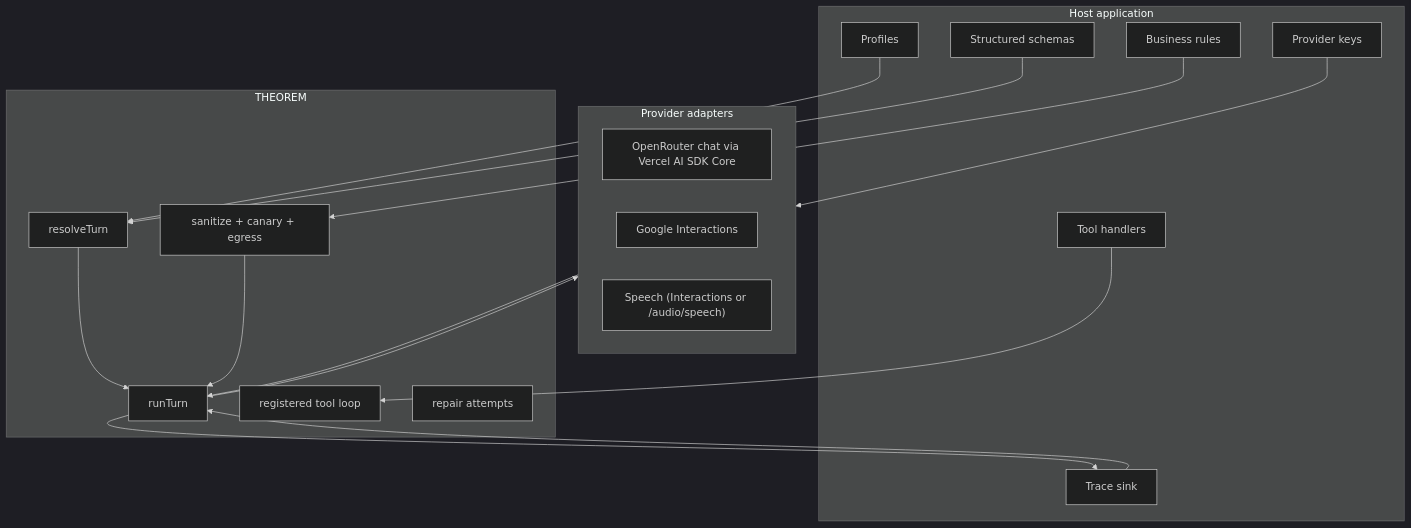
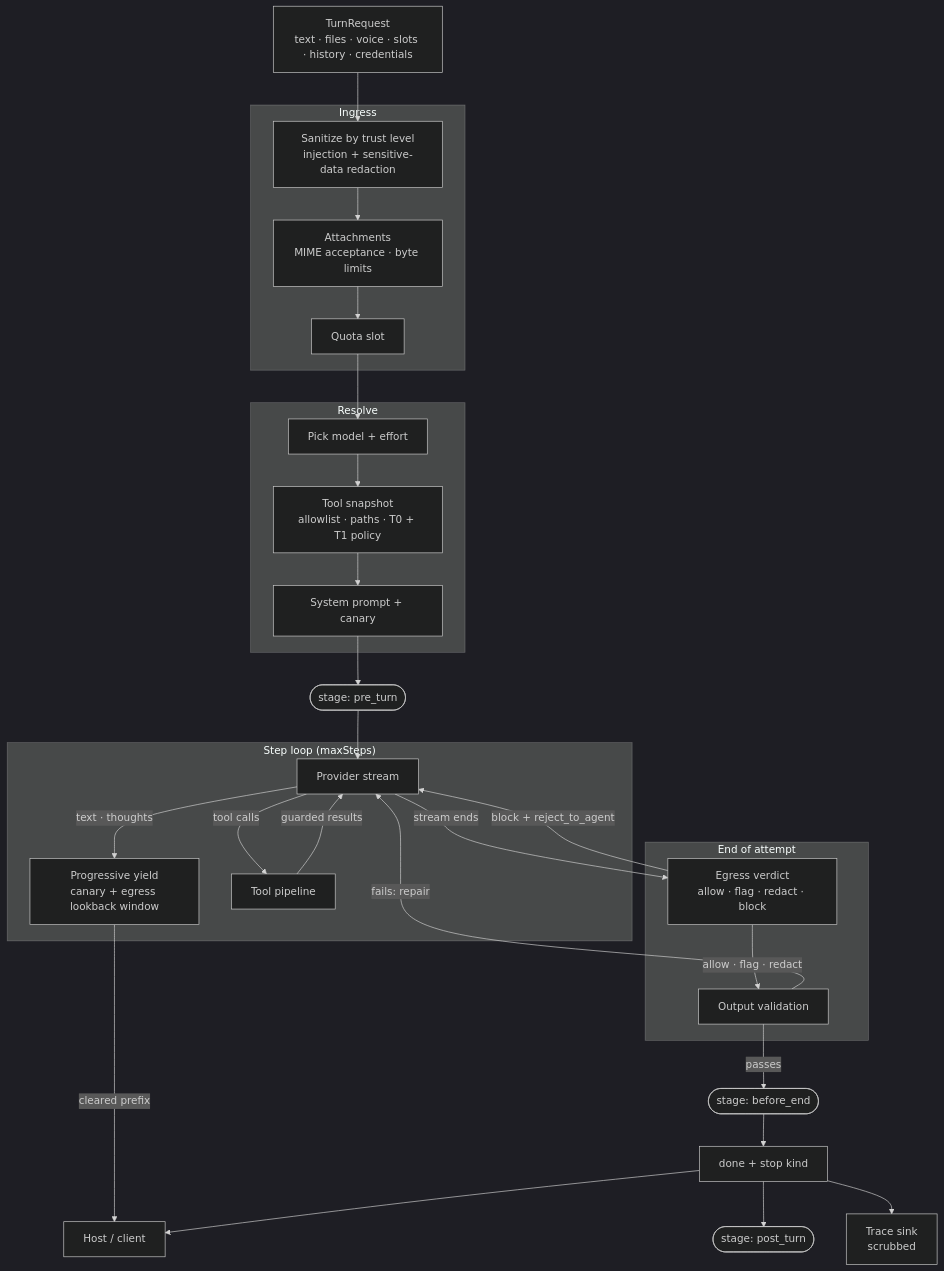
The first of 3 diagrams in README.md (masudl-hub/theoremai), drawn with Mermaid (dark theme) before and after one commit. The commit also changed other lines of this file and 4 other files, not shown here.

````diff
--- a/README.md
+++ b/README.md
@@ -235,37 +441,46 @@
 ```mermaid
 flowchart TD
-    subgraph Host["Host application"]
-        Profile["Profiles"]
-        Schemas["Structured schemas"]
-        Tools["Tool handlers"]
-        Keys["Provider keys"]
-        TraceSink["Trace sink"]
-        Policy["Business rules"]
-    end
+  REQ["TurnRequest<br/>text · files · voice · slots · history · credentials"]
 
-    subgraph Kernel["THEOREM"]
-        Resolve["resolveTurn"]
-        Guard["sanitize + canary + egress"]
-        Runner["runTurn"]
-        ToolLoop["registered tool loop"]
-        Repair["repair attempts"]
-    end
+  subgraph Ingress["Ingress"]
+    SAN["Sanitize by trust level<br/>injection + sensitive-data redaction"]
+    MEDIA["Attachments<br/>MIME acceptance · byte limits"]
+    QUOTA["Quota slot"]
+  end
 
-    subgraph Providers["Provider adapters"]
-        OR["OpenRouter chat via Vercel AI SDK Core"]
-        GI["Google Interactions"]
-        Speech["Speech (Interactions or /audio/speech)"]
-    end
+  subgraph Resolve["Resolve"]
+    PICK["Pick model + effort"]
+    SNAP["Tool snapshot<br/>allowlist · paths · T0 + T1 policy"]
+    SYS["System prompt + canary"]
+  end
 
-    Profile --> Resolve
-    Schemas --> Resolve
-    Tools --> ToolLoop
-    Keys --> Providers
-    TraceSink --> Runner
-    Policy --> Guard
-    Resolve --> Runner
-    Guard --> Runner
-    Runner --> Providers
-    Providers --> Runner
-    Runner --> TraceSink
+  PRE(["stage: pre_turn"])
+
+  subgraph Loop["Step loop (maxSteps)"]
+    PROV["Provider stream"]
+    GATE["Progressive yield<br/>canary + egress lookback window"]
+    TOOLS["Tool pipeline"]
+  end
+
+  subgraph Check["End of attempt"]
+    EGR["Egress verdict<br/>allow · flag · redact · block"]
+    VAL["Output validation"]
+  end
+
+  END(["stage: before_end"])
+  DONE["done + stop kind"]
+  POST(["stage: post_turn"])
+  TRACE["Trace sink<br/>scrubbed"]
+  HOST["Host / client"]
+
+  REQ --> SAN --> MEDIA --> QUOTA --> PICK --> SNAP --> SYS --> PRE --> PROV
+  PROV -->|text · thoughts| GATE -->|cleared prefix| HOST
+  PROV -->|tool calls| TOOLS -->|guarded results| PROV
+  PROV -->|stream ends| EGR
+  EGR -->|block + reject_to_agent| PROV
+  EGR -->|allow · flag · redact| VAL
+  VAL -->|fails: repair| PROV
+  VAL -->|passes| END --> DONE --> POST
+  DONE --> HOST
+  DONE --> TRACE
 ```
````
